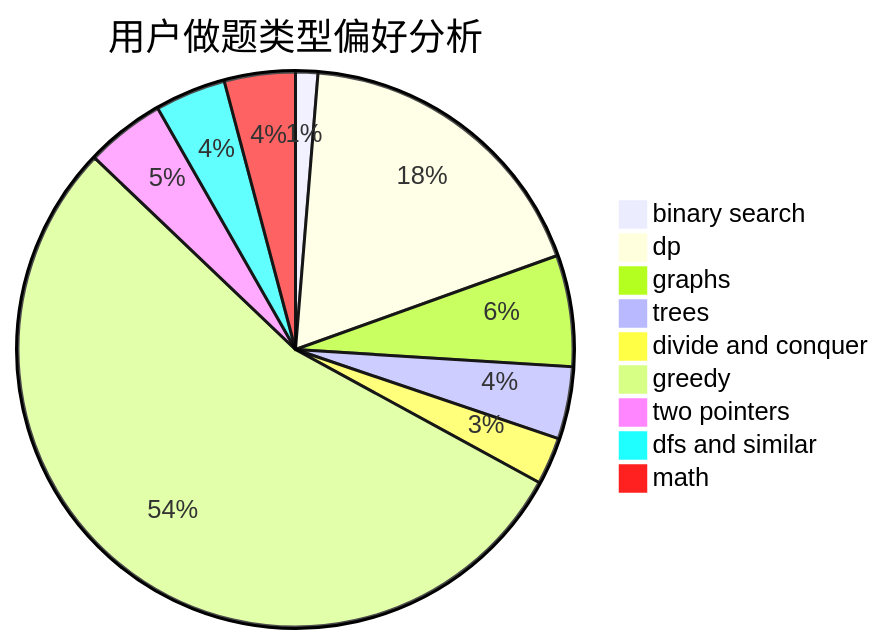
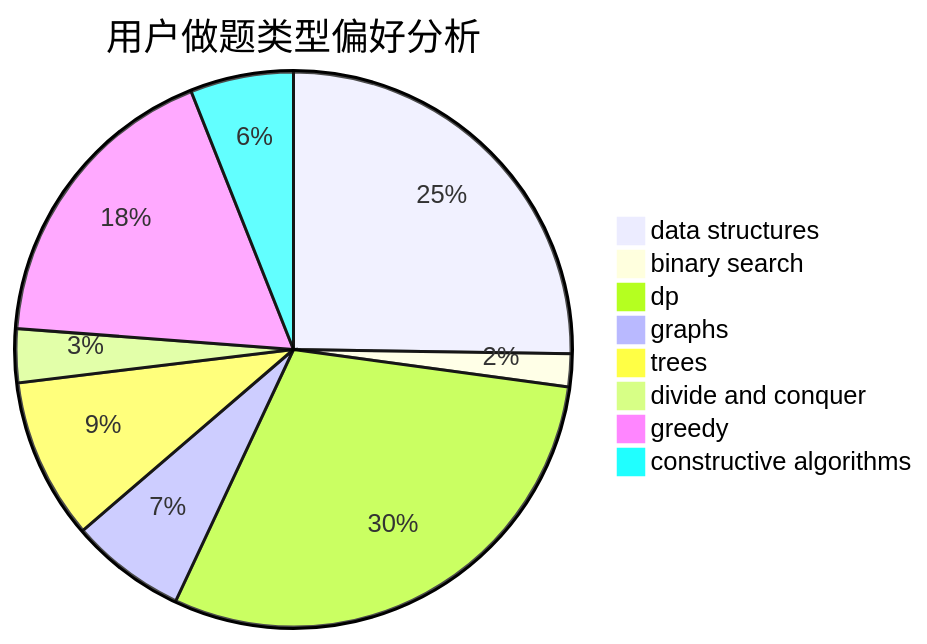
Before and after one commit to sherpahu/cfrs.github.io: the second of 3 diagrams in docs/user/u405.md, drawn with Mermaid. The commit also changed other lines of this file and 2775 other files, not shown here.

````diff
--- a/docs/user/u405.md
+++ b/docs/user/u405.md
@@ -23,12 +23,11 @@
 ```mermaid
 pie title 用户做题类型偏好分析
-    "binary search" :  16
-    "dp" :  225
-    "graphs" :  80
-    "trees" :  52
-    "divide and conquer" :  34
-    "greedy" :  669
-    "two pointers" :  57
-    "dfs and similar" :  51
-    "math" :  51
+    "data structures" :  105
+    "binary search" :  8
+    "dp" :  124
+    "graphs" :  28
+    "trees" :  39
+    "divide and conquer" :  13
+    "greedy" :  74
+    "constructive algorithms" :  25
 ```
````
